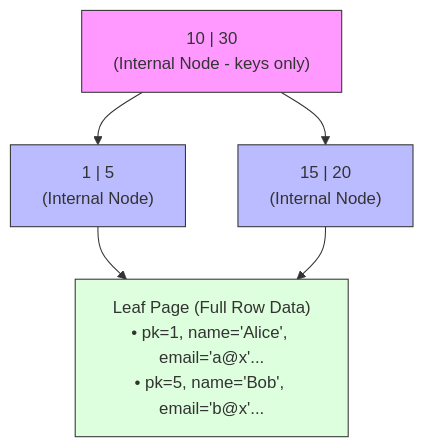
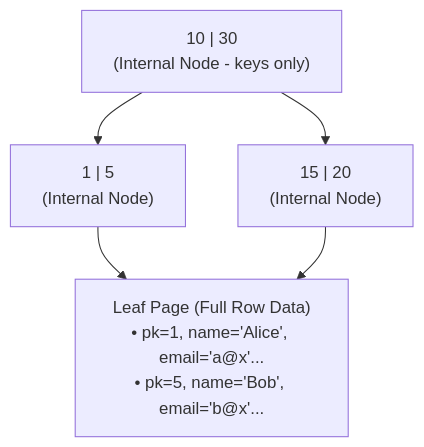
One commit to KnightKnight27/scaler-Adv-DBMS changed the second of 5 diagrams in System_Design_Docs/mysql-innodb/README.md. Above: the diagram before and after it, drawn with Mermaid. The commit also changed other lines of this file and 3 other files, not shown here.

Commit message:
chore: change styling for diagrams

````diff
--- a/System_Design_Docs/mysql-innodb/README.md
+++ b/System_Design_Docs/mysql-innodb/README.md
@@ -58,17 +47,12 @@
 ```mermaid
 graph TD
     Root["10 | 30<br>(Internal Node - keys only)"]
     L1["1 | 5<br>(Internal Node)"]
     R1["15 | 20<br>(Internal Node)"]
     Leaf["Leaf Page (Full Row Data)<br>• pk=1, name='Alice', email='a@x'...<br>• pk=5, name='Bob', email='b@x'..."]
 
     Root --> L1
     Root --> R1
     L1 --> Leaf
     R1 --> Leaf
-
-    style Root fill:#f9f,stroke:#333,stroke-width:1px
-    style L1 fill:#bbf,stroke:#333,stroke-width:1px
-    style R1 fill:#bbf,stroke:#333,stroke-width:1px
-    style Leaf fill:#dfd,stroke:#333,stroke-width:1px
 ```
````
